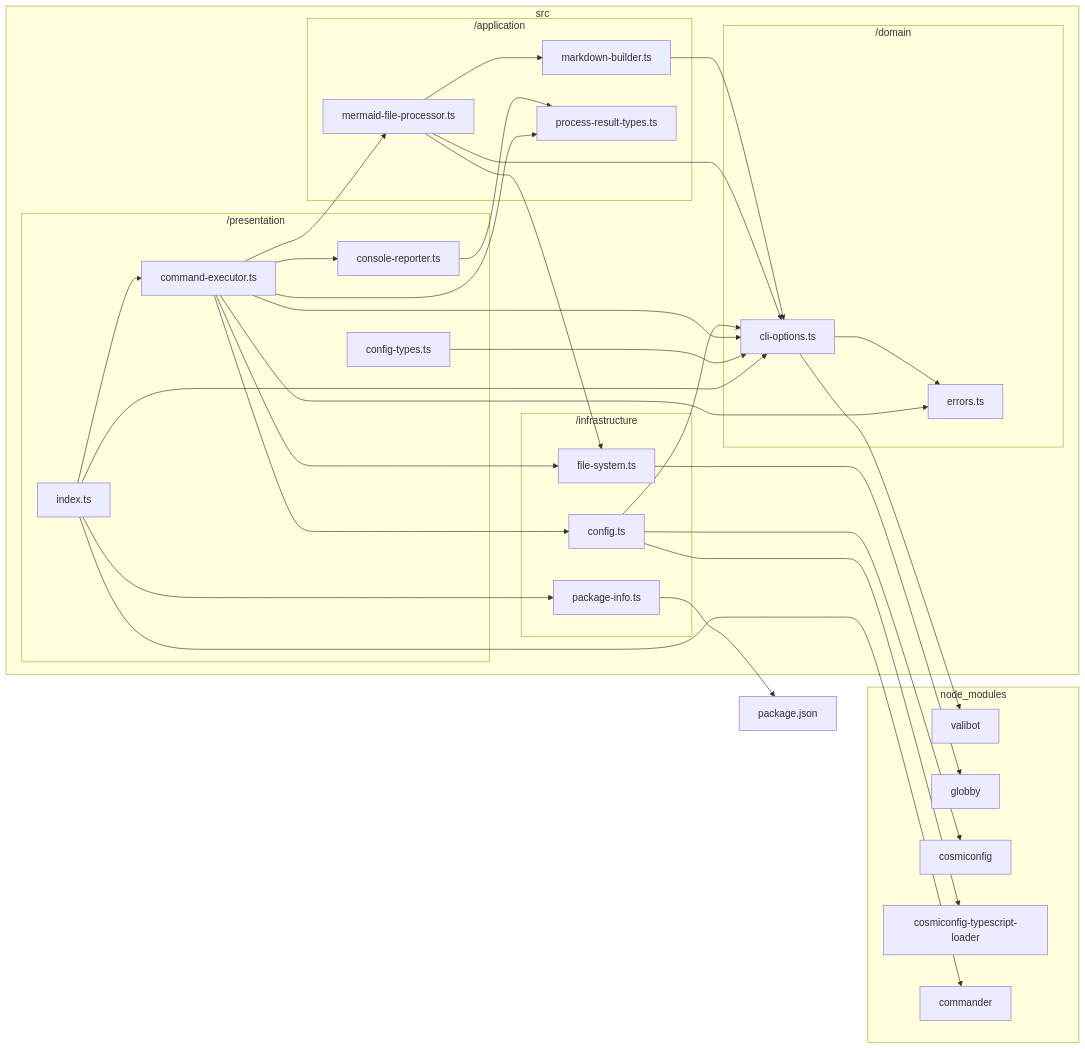
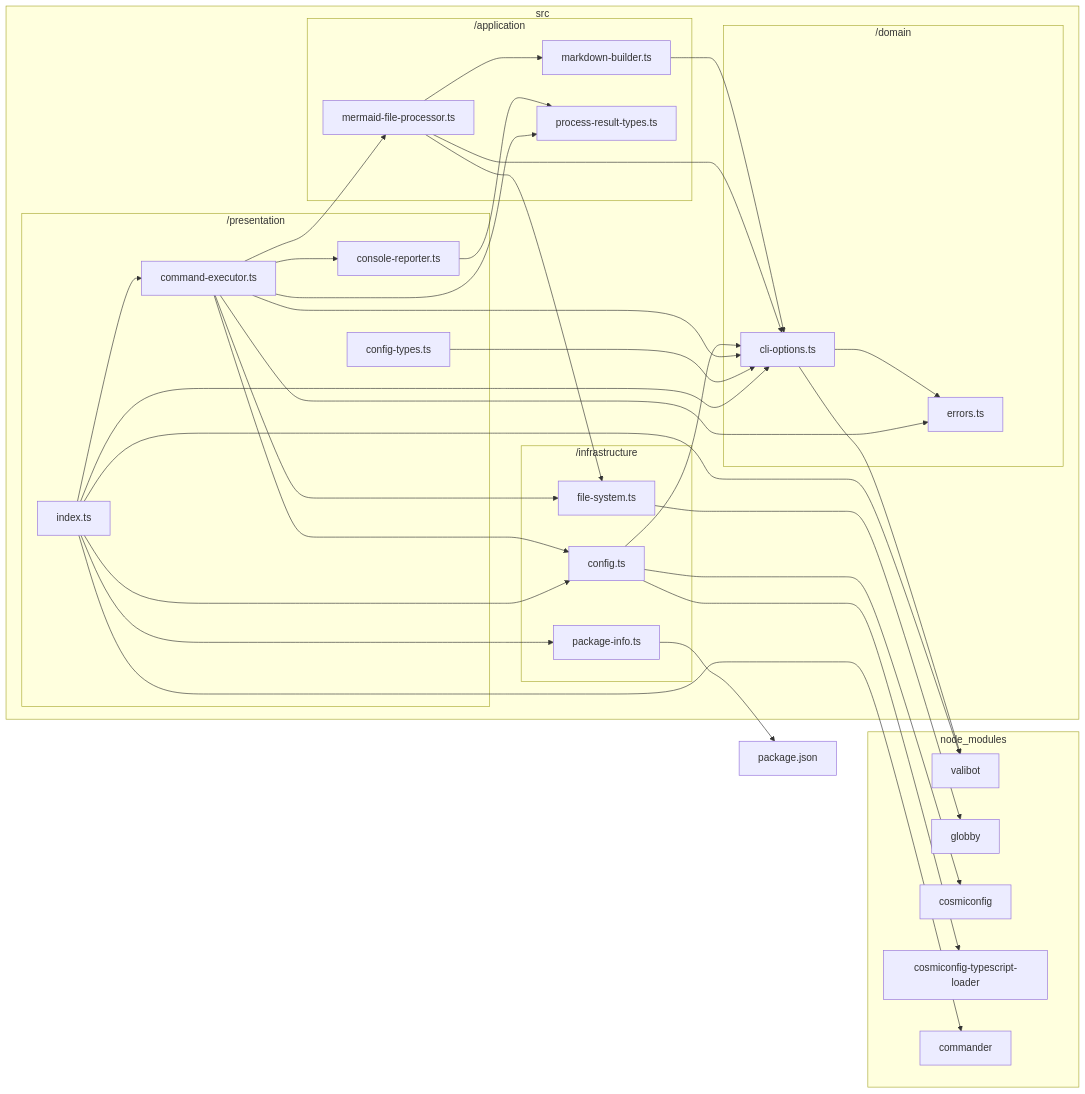
Before and after one commit to sugurutakahashi-1234/mermaid-markdown-wrap: the diagram in docs/reports/dependencies/deps-graph.md, drawn with Mermaid. The commit also changed 5 other files, not shown here.

````diff
--- a/docs/reports/dependencies/deps-graph.md
+++ b/docs/reports/dependencies/deps-graph.md
@@ -7,56 +7,58 @@
 ```mermaid
 flowchart LR
     subgraph src["src"]
         subgraph src/domain["/domain"]
             src/domain/errors.ts["errors.ts"]
             src/domain/cli//options.ts["cli-options.ts"]
         end
         subgraph src/application["/application"]
             src/application/markdown//builder.ts["markdown-builder.ts"]
             src/application/mermaid//file//processor.ts["mermaid-file-processor.ts"]
             src/application/process//result//types.ts["process-result-types.ts"]
         end
         subgraph src/infrastructure["/infrastructure"]
             src/infrastructure/file//system.ts["file-system.ts"]
             src/infrastructure/config.ts["config.ts"]
             src/infrastructure/package//info.ts["package-info.ts"]
         end
         subgraph src/presentation["/presentation"]
             src/presentation/console//reporter.ts["console-reporter.ts"]
             src/presentation/command//executor.ts["command-executor.ts"]
             src/presentation/config//types.ts["config-types.ts"]
             src/presentation/index.ts["index.ts"]
         end
     end
     subgraph node//modules["node_modules"]
         node//modules/valibot/dist/index.d.cts["valibot"]
         node//modules/globby/index.d.ts["globby"]
         node//modules/cosmiconfig/dist/index.d.ts["cosmiconfig"]
         node//modules/cosmiconfig//typescript//loader/dist/types/index.d.ts["cosmiconfig-typescript-loader"]
         node//modules/commander/typings/index.d.ts["commander"]
     end
     src/domain/cli//options.ts-->node//modules/valibot/dist/index.d.cts
     src/domain/cli//options.ts-->src/domain/errors.ts
     src/application/markdown//builder.ts-->src/domain/cli//options.ts
     src/infrastructure/file//system.ts-->node//modules/globby/index.d.ts
     src/application/mermaid//file//processor.ts-->src/domain/cli//options.ts
     src/application/mermaid//file//processor.ts-->src/infrastructure/file//system.ts
     src/application/mermaid//file//processor.ts-->src/application/markdown//builder.ts
     src/infrastructure/config.ts-->node//modules/cosmiconfig/dist/index.d.ts
     src/infrastructure/config.ts-->node//modules/cosmiconfig//typescript//loader/dist/types/index.d.ts
     src/infrastructure/config.ts-->src/domain/cli//options.ts
     src/infrastructure/package//info.ts-->package.json
     src/presentation/console//reporter.ts-->src/application/process//result//types.ts
     src/presentation/command//executor.ts-->src/application/mermaid//file//processor.ts
     src/presentation/command//executor.ts-->src/application/process//result//types.ts
     src/presentation/command//executor.ts-->src/domain/cli//options.ts
     src/presentation/command//executor.ts-->src/domain/errors.ts
     src/presentation/command//executor.ts-->src/infrastructure/config.ts
     src/presentation/command//executor.ts-->src/infrastructure/file//system.ts
     src/presentation/command//executor.ts-->src/presentation/console//reporter.ts
     src/presentation/config//types.ts-->src/domain/cli//options.ts
     src/presentation/index.ts-->node//modules/commander/typings/index.d.ts
+    src/presentation/index.ts-->node//modules/valibot/dist/index.d.cts
     src/presentation/index.ts-->src/domain/cli//options.ts
+    src/presentation/index.ts-->src/infrastructure/config.ts
     src/presentation/index.ts-->src/infrastructure/package//info.ts
     src/presentation/index.ts-->src/presentation/command//executor.ts
 ```
````
